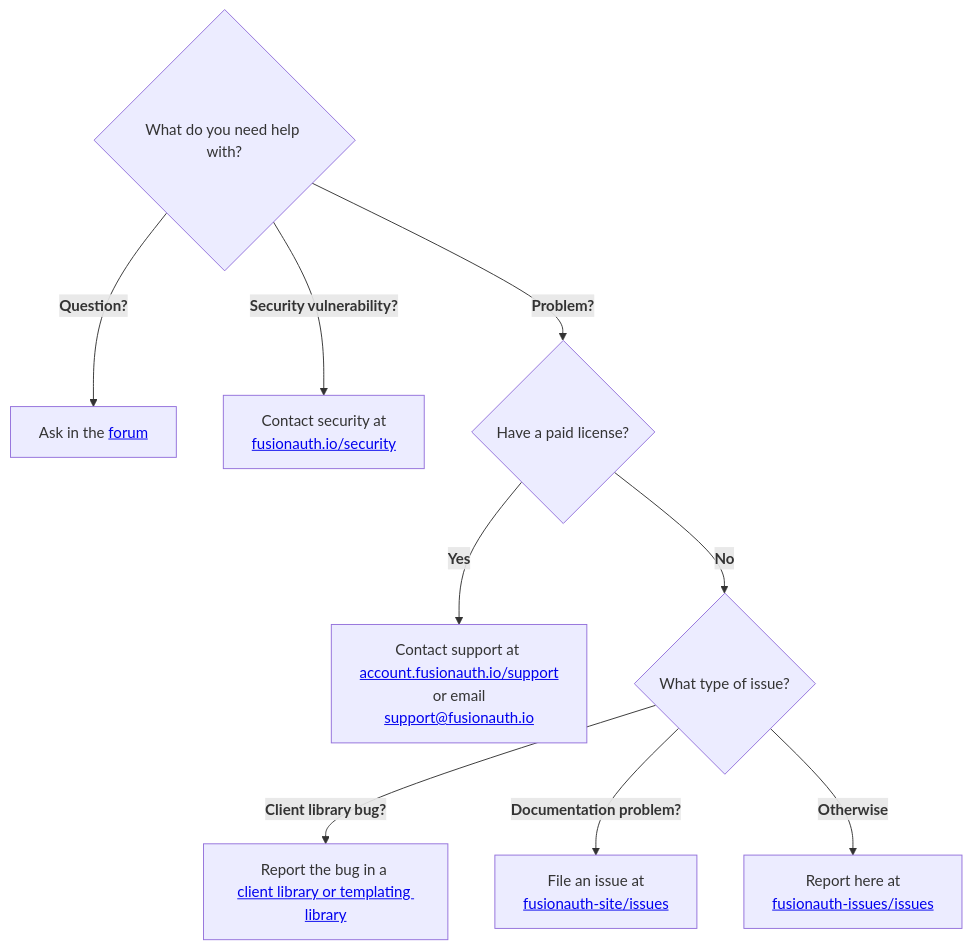
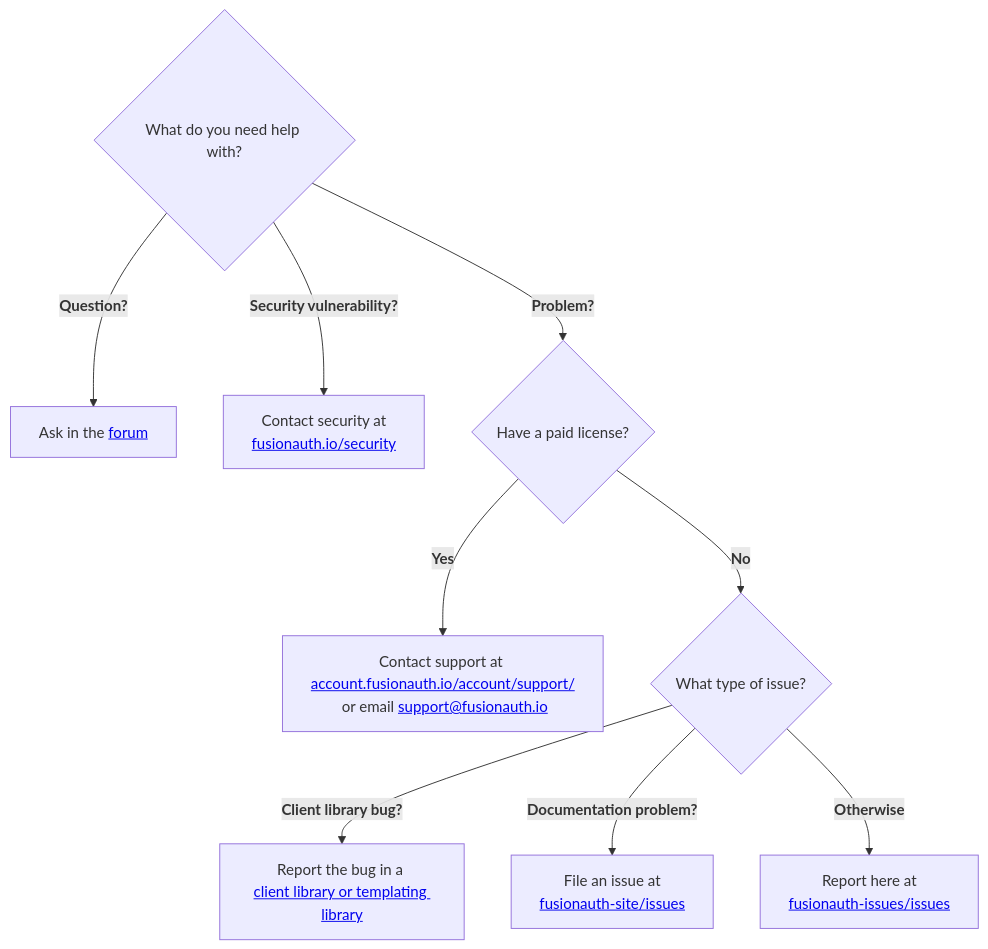
Before and after one commit to FusionAuth/fusionauth-issues: the diagram in README.md, drawn with Mermaid.

Commit message:
Update account support link

````diff
--- a/README.md
+++ b/README.md
@@ -5,15 +5,15 @@
 ```mermaid
 flowchart TD
     Start{What do you need help with?}
 
     Start -->|<b>Question?</b>| Forum[Ask in the <a href="https://fusionauth.io/community/forum/">forum</a>]
     Start -->|<b>Security vulnerability?</b>| SecurityNode[Contact security at <br><a href="https://fusionauth.io/security">fusionauth.io/security</a>]
     Start -->|<b>Problem?</b>| LicenseCheck{Have a paid license?}
 
-    LicenseCheck -->|<b>Yes</b>| Support[Contact support at <br><a href="https://account.fusionauth.io/account/support/">account.fusionauth.io/support</a><br> or email <a href="mailto:support@fusionauth.io">support@fusionauth.io</a>]
+    LicenseCheck -->|<b>Yes</b>| Support[Contact support at <br><a href="https://account.fusionauth.io/account/support/">account.fusionauth.io/account/support/</a><br> or email <a href="mailto:support@fusionauth.io">support@fusionauth.io</a>]
     LicenseCheck -->|<b>No</b>| IssueType{What type of issue?}
     
     IssueType -->|<b>Client library bug?</b>| ClientNode[Report the bug in a <br><a href="https://github.com/FusionAuth/fusionauth-issues#client-library-bugs">client library or templating library</a>]
     IssueType -->|<b>Documentation problem?</b>| DocsNode[File an issue at <br><a href="https://github.com/FusionAuth/fusionauth-site/issues">fusionauth-site/issues</a>]
     IssueType -->|<b>Otherwise</b>| ReportNode[Report here at <br><a href="https://github.com/FusionAuth/fusionauth-issues/issues/new/choose">fusionauth-issues/issues</a>]
 ```
````
